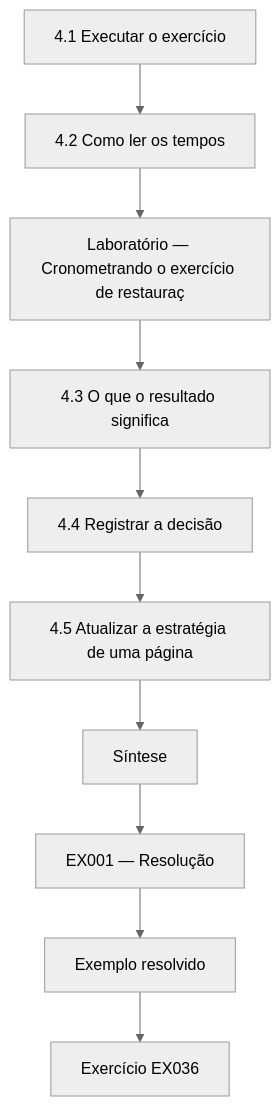
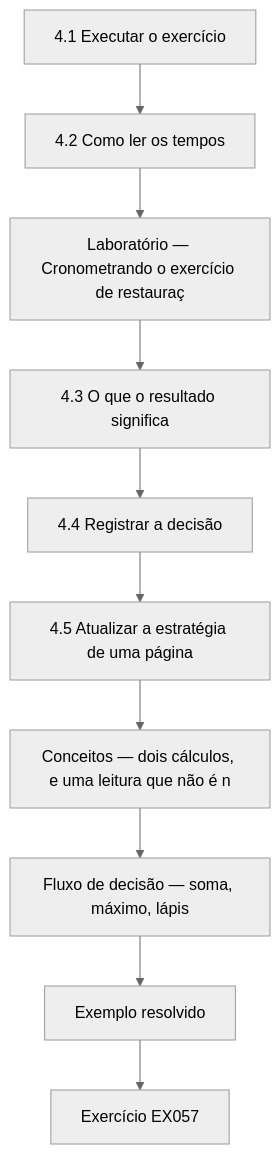
One commit to hiagokinlevi/CyKin changed the tenth of 12 diagrams in levels/rapid-1-month/security-governance-risk-compliance/pt/book/MANUSCRIPT.md. Above: the diagram before and after it, drawn with Mermaid (neutral theme). The commit also changed other lines of this file and 1 other file, not shown here.

````diff
--- a/levels/rapid-1-month/security-governance-risk-compliance/pt/book/MANUSCRIPT.md
+++ b/levels/rapid-1-month/security-governance-risk-compliance/pt/book/MANUSCRIPT.md
@@ -517,14 +662,14 @@
 ```mermaid
 flowchart TD
   N0["4.1 Executar o exercício"]
   N1["4.2 Como ler os tempos"]
   N2["Laboratório — Cronometrando o exercício de restauraç"]
   N3["4.3 O que o resultado significa"]
   N4["4.4 Registrar a decisão"]
   N5["4.5 Atualizar a estratégia de uma página"]
-  N6["Síntese"]
-  N7["EX001 — Resolução"]
+  N6["Conceitos — dois cálculos, e uma leitura que não é n"]
+  N7["Fluxo de decisão — soma, máximo, lápis"]
   N0 --> N1 --> N2 --> N3 --> N4 --> N5 --> N6 --> N7
   N7 --> EX["Exemplo resolvido"]
-  EX --> Q["Exercício EX036"]
+  EX --> Q["Exercício EX057"]
 ```
````
